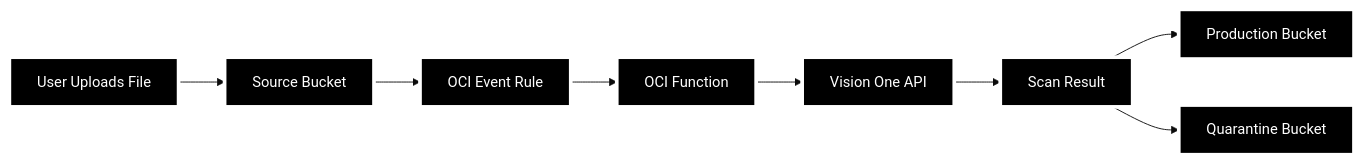
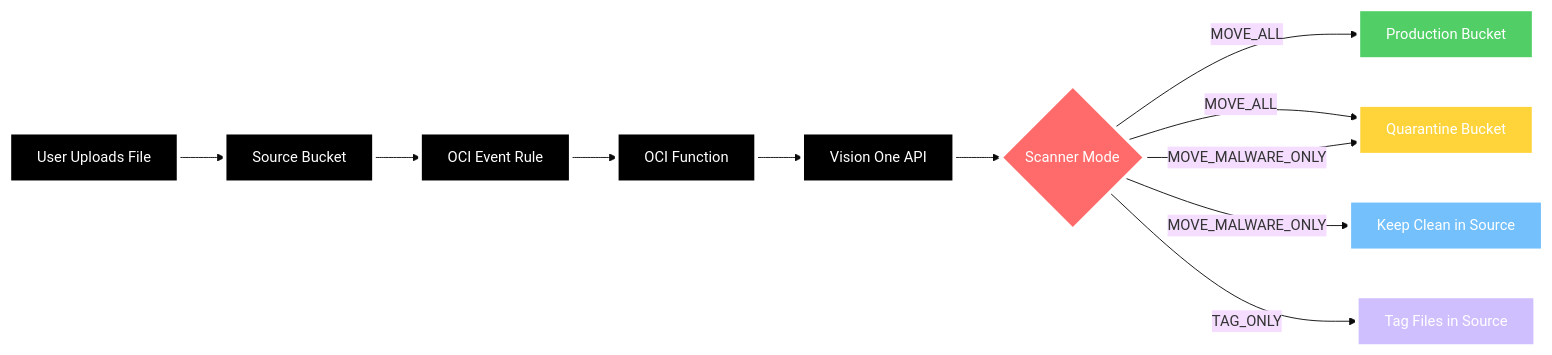
One commit to uragupathy-trend/v1-fss-scanner changed the diagram in README.md. Above: the diagram before and after it, drawn with Mermaid (base theme). The commit also changed other lines of this file and 5 other files, not shown here.

Commit message:
scanner mode changes

````diff
--- a/README.md
+++ b/README.md
@@ -7,19 +7,24 @@
 ```mermaid
 flowchart LR
     A[User Uploads File] --> B[Source Bucket]
     B --> C[OCI Event Rule]
     C --> D[OCI Function]
     D --> E[Vision One API]
-    E --> F[Scan Result]
-    F --> G[Production Bucket]
-    F --> H[Quarantine Bucket]
+    E --> F{Scanner Mode}
+    F -->|MOVE_ALL| G[Production Bucket]
+    F -->|MOVE_ALL| H[Quarantine Bucket]
+    F -->|MOVE_MALWARE_ONLY| I[Keep Clean in Source]
+    F -->|MOVE_MALWARE_ONLY| H
+    F -->|TAG_ONLY| J[Tag Files in Source]
     
     style A fill:#000000,stroke:#ffffff,stroke-width:4px,color:#ffffff
     style B fill:#000000,stroke:#ffffff,stroke-width:4px,color:#ffffff
     style C fill:#000000,stroke:#ffffff,stroke-width:4px,color:#ffffff
     style D fill:#000000,stroke:#ffffff,stroke-width:4px,color:#ffffff
     style E fill:#000000,stroke:#ffffff,stroke-width:4px,color:#ffffff
-    style F fill:#000000,stroke:#ffffff,stroke-width:4px,color:#ffffff
-    style G fill:#000000,stroke:#ffffff,stroke-width:4px,color:#ffffff
-    style H fill:#000000,stroke:#ffffff,stroke-width:4px,color:#ffffff
+    style F fill:#ff6b6b,stroke:#ffffff,stroke-width:4px,color:#ffffff
+    style G fill:#51cf66,stroke:#ffffff,stroke-width:4px,color:#ffffff
+    style H fill:#ffd43b,stroke:#ffffff,stroke-width:4px,color:#ffffff
+    style I fill:#74c0fc,stroke:#ffffff,stroke-width:4px,color:#ffffff
+    style J fill:#d0bfff,stroke:#ffffff,stroke-width:4px,color:#ffffff
 ```
````
